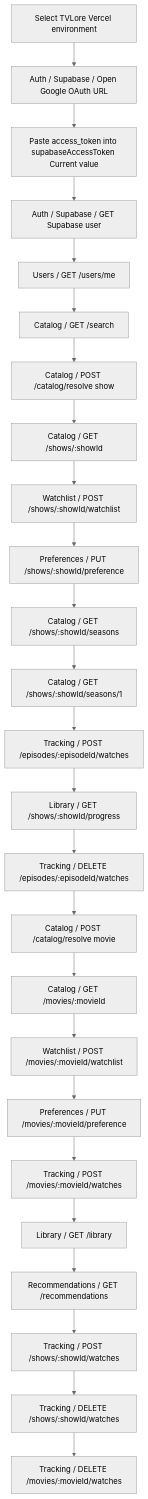
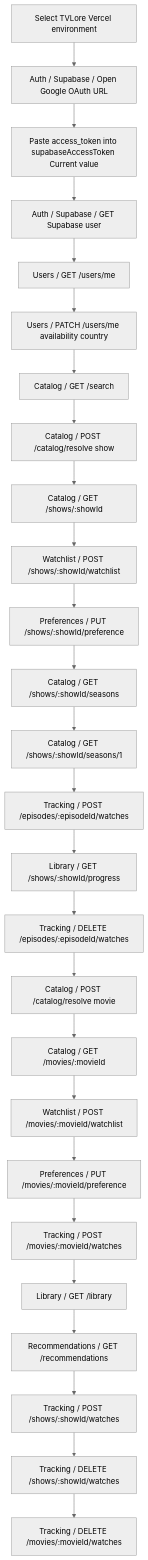
One commit to luiskabal/tvlore changed the ninth of 9 diagrams in docs/current-state.md. Above: the diagram before and after it, drawn with Mermaid (neutral theme). The commit also changed other lines of this file and 29 other files, not shown here.

First line of the commit message:
feat(users): save availability country

````diff
--- a/docs/current-state.md
+++ b/docs/current-state.md
@@ -673,53 +678,55 @@
 ```mermaid
 flowchart TB
   Env[Select TVLore Vercel environment]
   Login[Auth / Supabase / Open Google OAuth URL]
   Token[Paste access_token into supabaseAccessToken Current value]
   Validate[Auth / Supabase / GET Supabase user]
   Me[Users / GET /users/me]
+  UserCountry[Users / PATCH /users/me availability country]
   Search[Catalog / GET /search]
   ResolveShow[Catalog / POST /catalog/resolve show]
   Show[Catalog / GET /shows/:showId]
   Seasons[Catalog / GET /shows/:showId/seasons]
   Season[Catalog / GET /shows/:showId/seasons/1]
   EpisodeWatch[Tracking / POST /episodes/:episodeId/watches]
   Progress[Library / GET /shows/:showId/progress]
   EpisodeUnwatch[Tracking / DELETE /episodes/:episodeId/watches]
   ResolveMovie[Catalog / POST /catalog/resolve movie]
   Movie[Catalog / GET /movies/:movieId]
   MovieWatch[Tracking / POST /movies/:movieId/watches]
   ShowWatchlist[Watchlist / POST /shows/:showId/watchlist]
   ShowRating[Preferences / PUT /shows/:showId/preference]
   MovieWatchlist[Watchlist / POST /movies/:movieId/watchlist]
   MovieRating[Preferences / PUT /movies/:movieId/preference]
   Library[Library / GET /library]
   Recommendations[Recommendations / GET /recommendations]
   ShowBulkWatch[Tracking / POST /shows/:showId/watches]
   ShowBulkUnwatch[Tracking / DELETE /shows/:showId/watches]
   MovieUnwatch[Tracking / DELETE /movies/:movieId/watches]
 
   Env --> Login
   Login --> Token
   Token --> Validate
   Validate --> Me
-  Me --> Search
+  Me --> UserCountry
+  UserCountry --> Search
   Search --> ResolveShow
   ResolveShow --> Show
   Show --> ShowWatchlist
   ShowWatchlist --> ShowRating
   ShowRating --> Seasons
   Seasons --> Season
   Season --> EpisodeWatch
   EpisodeWatch --> Progress
   Progress --> EpisodeUnwatch
   EpisodeUnwatch --> ResolveMovie
   ResolveMovie --> Movie
   Movie --> MovieWatchlist
   MovieWatchlist --> MovieRating
   MovieRating --> MovieWatch
   MovieWatch --> Library
   Library --> Recommendations
   Recommendations --> ShowBulkWatch
   ShowBulkWatch --> ShowBulkUnwatch
   ShowBulkUnwatch --> MovieUnwatch
 ```
````
